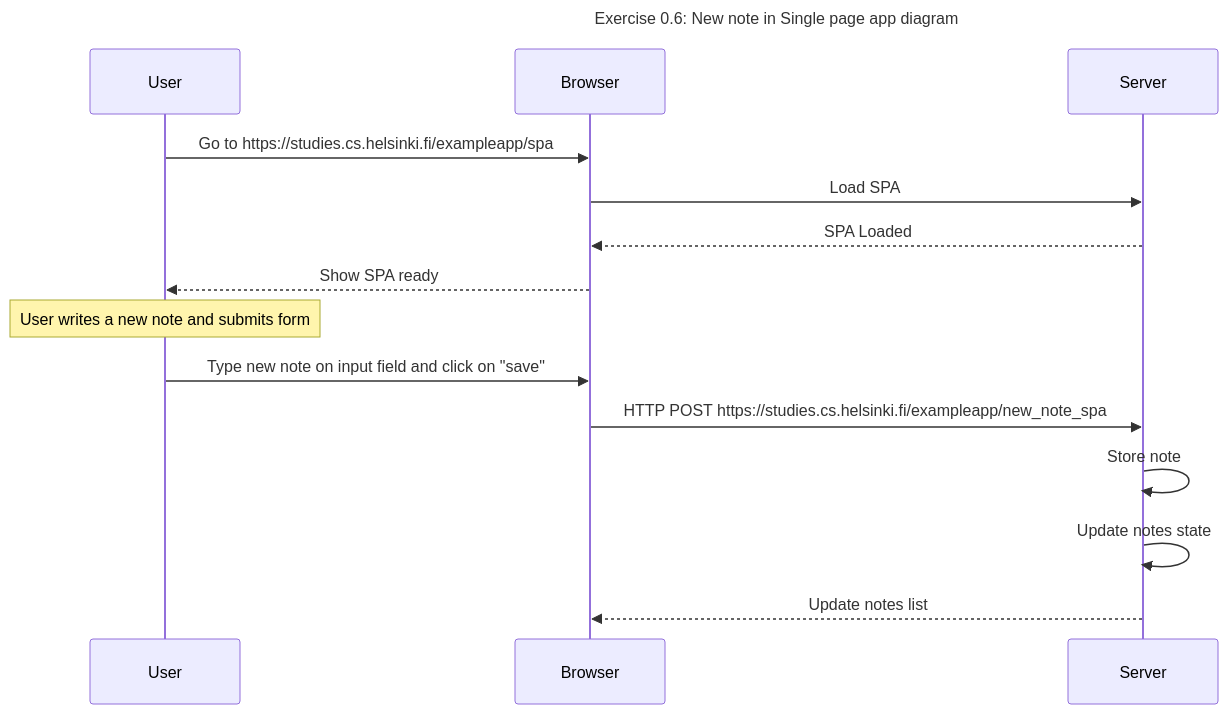
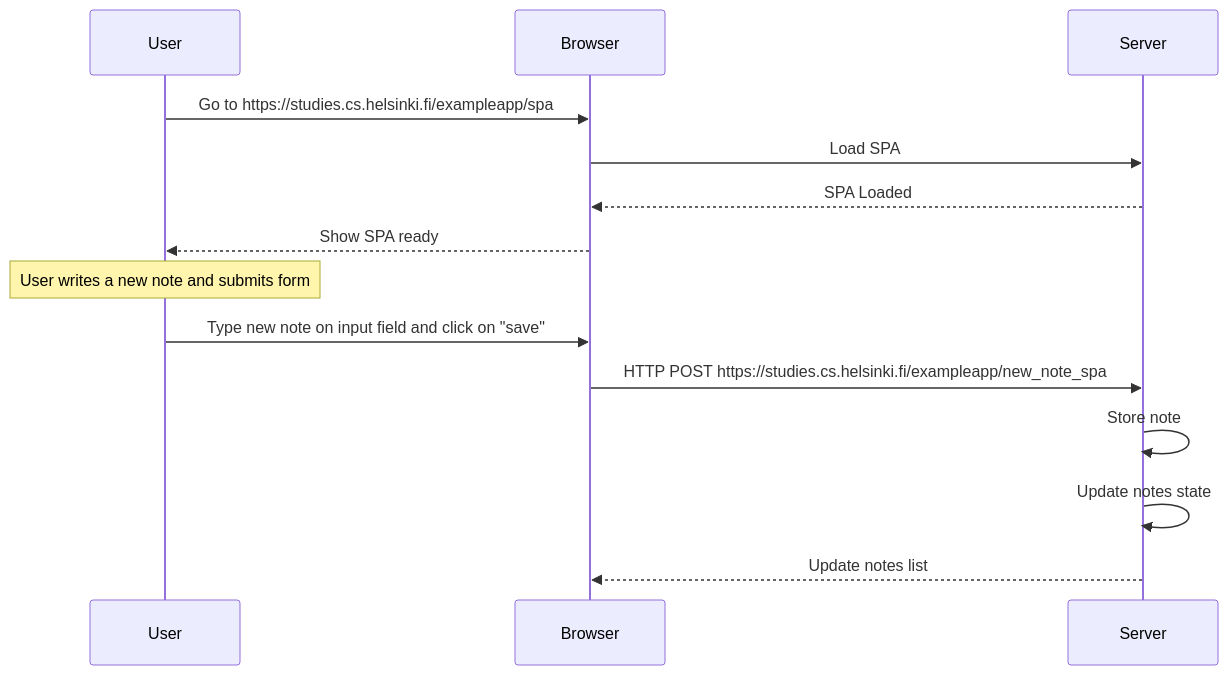
The diagram in part0/exercise_0.6_mermaid.md (willymromero/fullstackopen-bootcamp), drawn with Mermaid before and after one commit. The commit also changed other lines of this file, not shown here.

````diff
--- a/part0/exercise_0.6_mermaid.md
+++ b/part0/exercise_0.6_mermaid.md
@@ -9,20 +9,18 @@
 ```mermaid
   sequenceDiagram
-    title Exercise 0.6: New note in Single page app diagram
-
     participant User
     participant Browser
     participant Server
 
     User->>Browser: Go to https://studies.cs.helsinki.fi/exampleapp/spa
     Browser->>Server: Load SPA
     Server-->>Browser: SPA Loaded
     Browser-->>User: Show SPA ready
 
     note over User: User writes a new note and submits form
     User->>Browser: Type new note on input field and click on "save"
     Browser->>Server: HTTP POST https://studies.cs.helsinki.fi/exampleapp/new_note_spa
     Server->>Server: Store note
     Server->>Server: Update notes state
     Server-->>Browser: Update notes list
 ```
````
